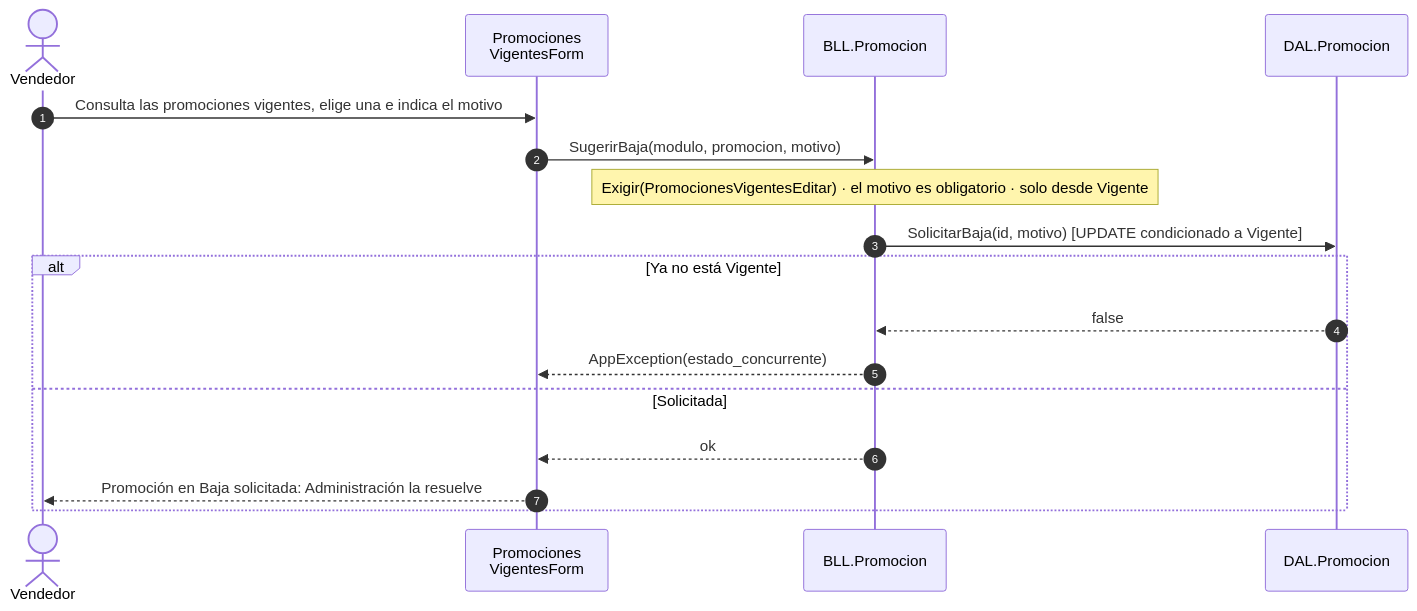
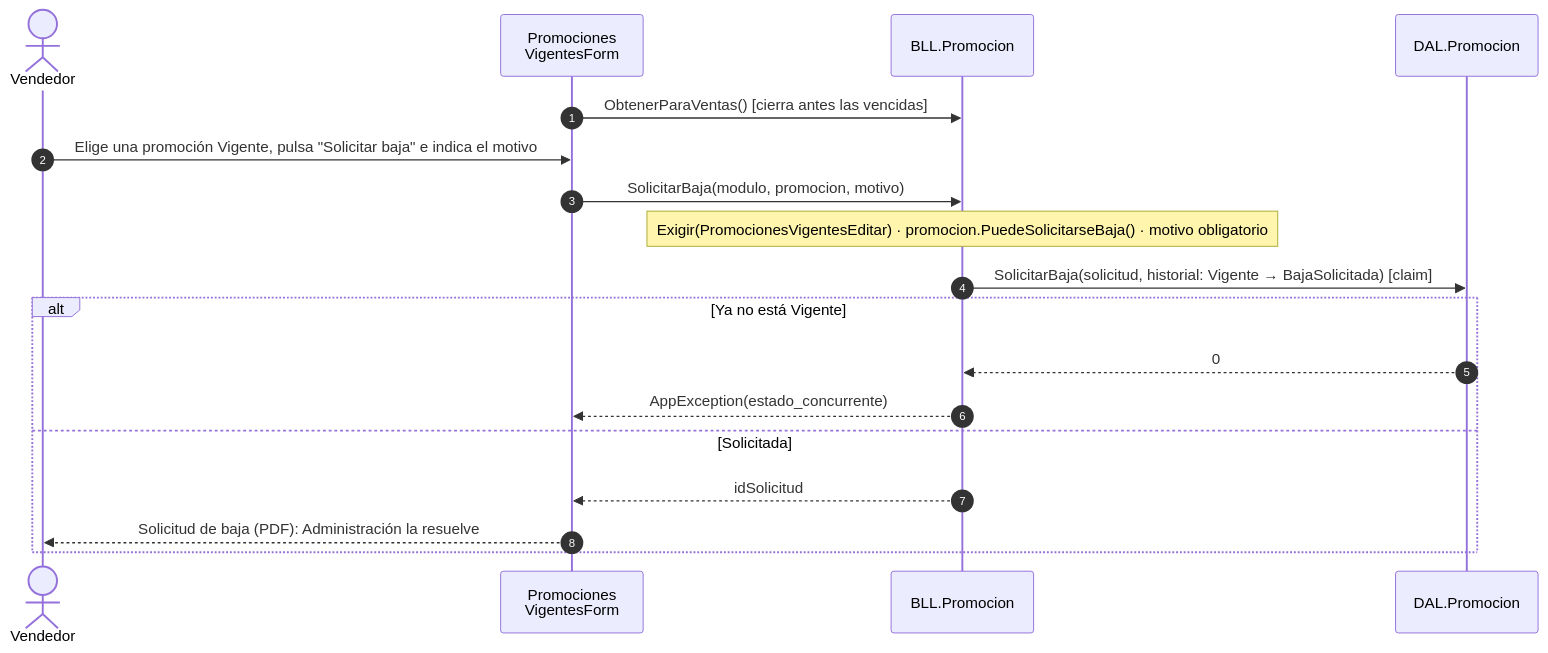
One commit to valentinamorana/Trabajo-de-Diploma changed the diagram in docs/diagramas/mermaid/DSS_PN03_CU01_VEN_SugerirBaja.mmd. Above: the diagram before and after it, drawn with Mermaid. The commit also changed 99 other files, not shown here.

First line of the commit message:
PN03: las promociones siguen el flujo aprobado

```diff
--- a/docs/diagramas/mermaid/DSS_PN03_CU01_VEN_SugerirBaja.mmd
+++ b/docs/diagramas/mermaid/DSS_PN03_CU01_VEN_SugerirBaja.mmd
@@ -1,17 +1,18 @@
 sequenceDiagram
   autonumber
   actor V as Vendedor
   participant F as Promociones<br/>VigentesForm
   participant B as BLL.Promocion
   participant D as DAL.Promocion
-  V->>F: Consulta las promociones vigentes, elige una e indica el motivo
-  F->>B: SugerirBaja(modulo, promocion, motivo)
-  Note over B: Exigir(PromocionesVigentesEditar) · el motivo es obligatorio · solo desde Vigente
-  B->>D: SolicitarBaja(id, motivo)  [UPDATE condicionado a Vigente]
+  F->>B: ObtenerParaVentas()  [cierra antes las vencidas]
+  V->>F: Elige una promoción Vigente, pulsa "Solicitar baja" e indica el motivo
+  F->>B: SolicitarBaja(modulo, promocion, motivo)
+  Note over B: Exigir(PromocionesVigentesEditar) · promocion.PuedeSolicitarseBaja() · motivo obligatorio
+  B->>D: SolicitarBaja(solicitud, historial: Vigente → BajaSolicitada)  [claim]
   alt Ya no está Vigente
-    D-->>B: false
+    D-->>B: 0
     B-->>F: AppException(estado_concurrente)
   else Solicitada
-    B-->>F: ok
-    F-->>V: Promoción en Baja solicitada: Administración la resuelve
+    B-->>F: idSolicitud
+    F-->>V: Solicitud de baja (PDF): Administración la resuelve
   end
```
